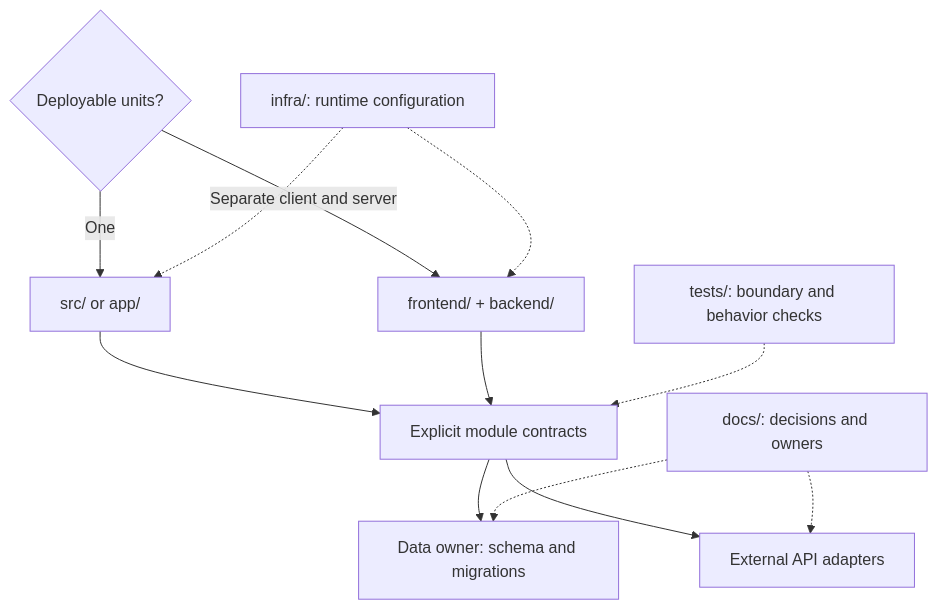
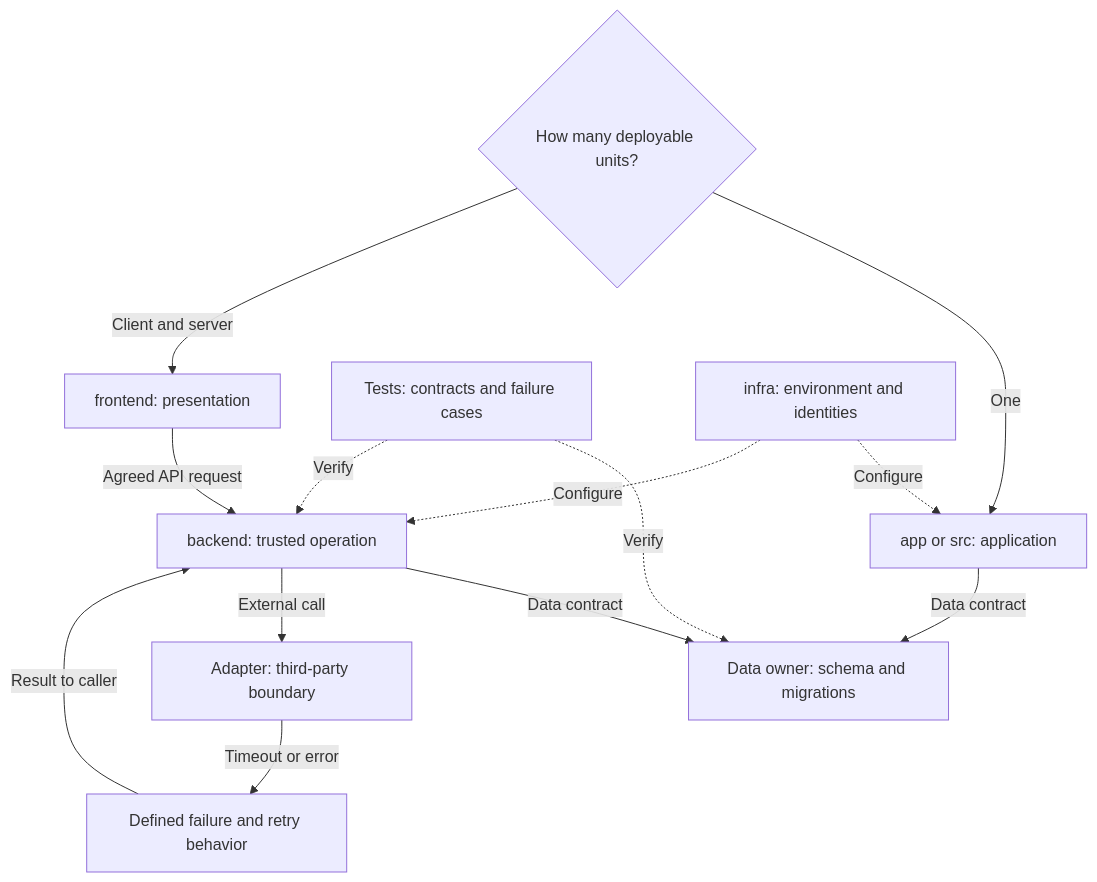
The diagram in docs/standards/PROJECT_STRUCTURE.md (Soku-JINSEOK/Soku-Convention-Boilerplate), drawn with Mermaid before and after one commit. The commit also changed other lines of this file and 118 other files, not shown here.

First line of the commit message:
📚 docs(readability): explain every document and expand flow diagrams

````diff
--- a/docs/standards/PROJECT_STRUCTURE.md
+++ b/docs/standards/PROJECT_STRUCTURE.md
@@ -7,14 +11,15 @@
 ```mermaid
 flowchart TD
-  choice{"Deployable units?"} -->|"One"| single["src/ or app/"]
-  choice -->|"Separate client and server"| split["frontend/ + backend/"]
-  single --> interfaces["Explicit module contracts"]
-  split --> interfaces
-  interfaces --> data["Data owner: schema and migrations"]
-  interfaces --> integration["External API adapters"]
-  tests["tests/: boundary and behavior checks"] -.-> interfaces
-  infra["infra/: runtime configuration"] -.-> single
-  infra -.-> split
-  docsNode["docs/: decisions and owners"] -.-> data
-  docsNode -.-> integration
+  deploy{"How many deployable units?"} -->|"One"| app["app or src: application"]
+  deploy -->|"Client and server"| front["frontend: presentation"]
+  front -->|"Agreed API request"| back["backend: trusted operation"]
+  app -->|"Data contract"| data["Data owner: schema and migrations"]
+  back -->|"Data contract"| data
+  back -->|"External call"| adapter["Adapter: third-party boundary"]
+  adapter -->|"Timeout or error"| handling["Defined failure and retry behavior"]
+  handling -->|"Result to caller"| back
+  tests["Tests: contracts and failure cases"] -.->|"Verify"| data
+  tests -.->|"Verify"| back
+  ops["infra: environment and identities"] -.->|"Configure"| app
+  ops -.->|"Configure"| back
 ```
````
